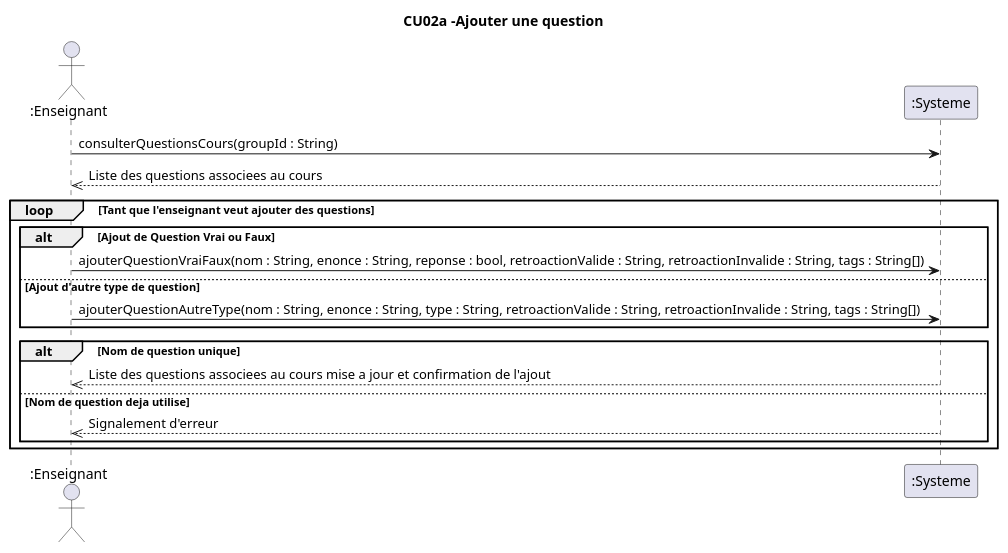
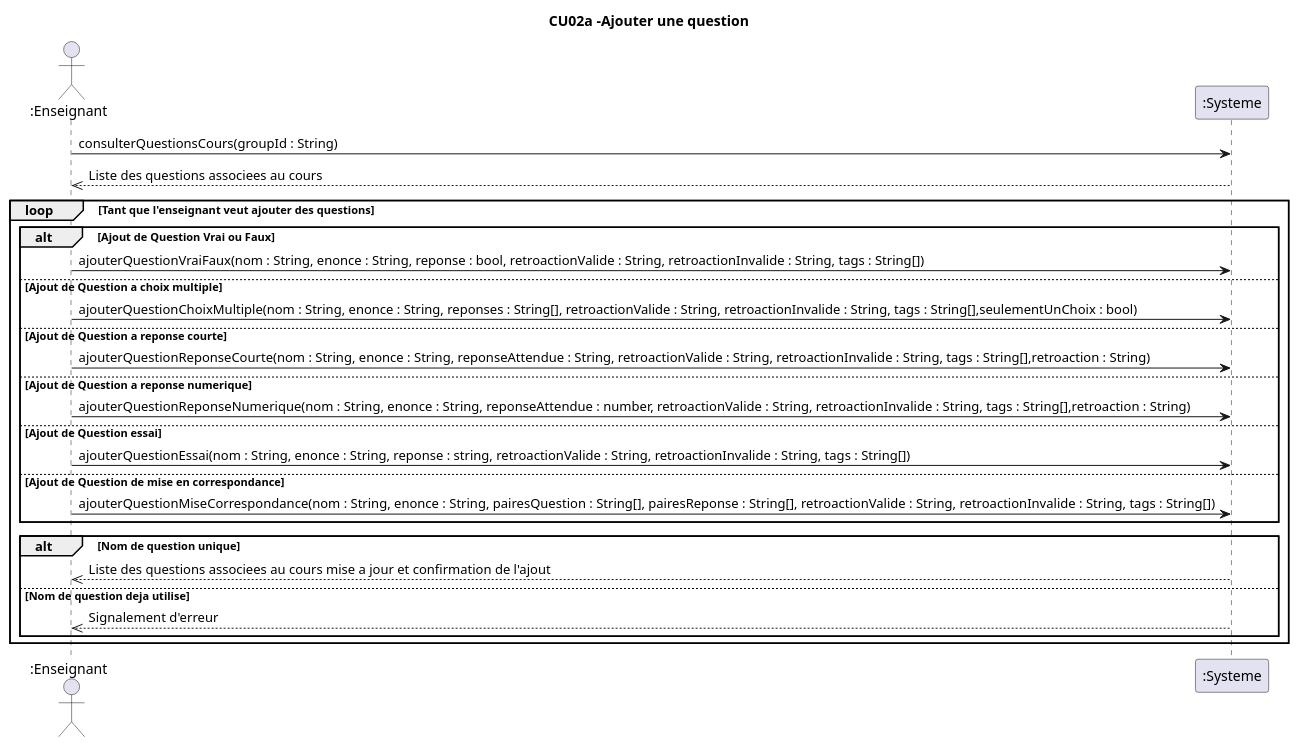
One commit to xMrYahya/moodle-clone changed the diagram in docs/modeles/cu02/dss-ajouter-question.puml. Above: the diagram before and after it, drawn with PlantUML. The commit also changed 9 other files, not shown here.

```diff
--- a/docs/modeles/cu02/dss-ajouter-question.puml
+++ b/docs/modeles/cu02/dss-ajouter-question.puml
@@ -1,22 +1,31 @@
 @startuml
 title CU02a -Ajouter une question
 actor ":Enseignant" as e
 participant ":Systeme" as s
 ' Ajout des Pre conditions ici si nécessaire
 e->s : consulterQuestionsCours(groupId : String)
 s-->>e : Liste des questions associees au cours
 loop Tant que l'enseignant veut ajouter des questions
 alt Ajout de Question Vrai ou Faux
 e->s : ajouterQuestionVraiFaux(nom : String, enonce : String, reponse : bool, retroactionValide : String, retroactionInvalide : String, tags : String[])
-else Ajout d'autre type de question
- e->s : ajouterQuestionAutreType(nom : String, enonce : String, type : String, retroactionValide : String, retroactionInvalide : String, tags : String[])
+else Ajout de Question a choix multiple
+ e->s : ajouterQuestionChoixMultiple(nom : String, enonce : String, reponses : String[], retroactionValide : String, retroactionInvalide : String, tags : String[],seulementUnChoix : bool)
+else Ajout de Question a reponse courte
+ e->s : ajouterQuestionReponseCourte(nom : String, enonce : String, reponseAttendue : String, retroactionValide : String, retroactionInvalide : String, tags : String[],retroaction : String)
+else Ajout de Question a reponse numerique
+ e->s : ajouterQuestionReponseNumerique(nom : String, enonce : String, reponseAttendue : number, retroactionValide : String, retroactionInvalide : String, tags : String[],retroaction : String)
+else Ajout de Question essai
+    e->s : ajouterQuestionEssai(nom : String, enonce : String, reponse : string, retroactionValide : String, retroactionInvalide : String, tags : String[])
+else Ajout de Question de mise en correspondance
+    e->s : ajouterQuestionMiseCorrespondance(nom : String, enonce : String, pairesQuestion : String[], pairesReponse : String[], retroactionValide : String, retroactionInvalide : String, tags : String[])
 end alt
+
 
 alt Nom de question unique
     s-->>e : Liste des questions associees au cours mise a jour et confirmation de l'ajout
 else Nom de question deja utilise
     s-->>e : Signalement d'erreur
 end alt
 end loop
 
 @enduml
```
